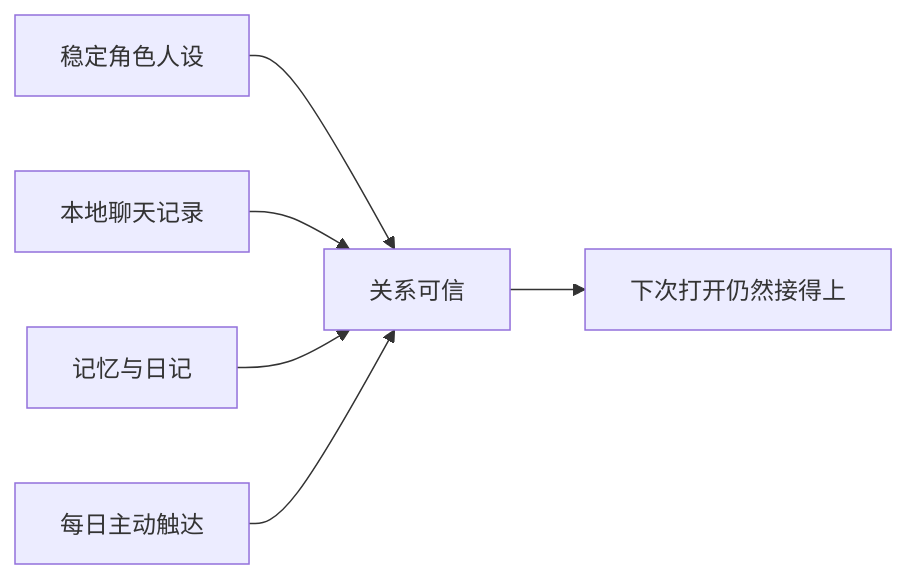
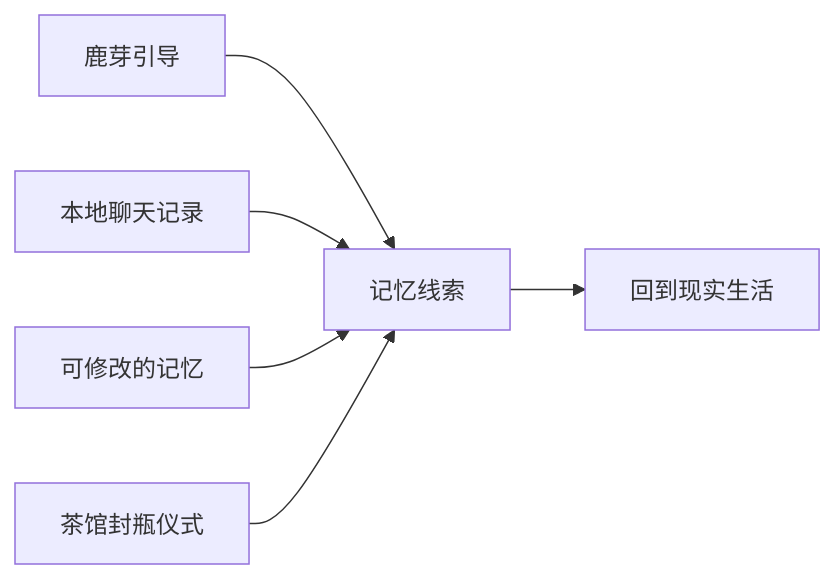
Before and after one commit to brocademaple/bcmp_cyber_lover: the diagram in README.md, drawn with Mermaid. The commit also changed other lines of this file and 2 other files, not shown here.

````diff
--- a/README.md
+++ b/README.md
@@ -34,8 +34,8 @@
 ```mermaid
 flowchart LR
-  A[稳定角色人设] --> R[关系可信]
+  A[鹿芽引导] --> R[记忆线索]
   B[本地聊天记录] --> R
-  C[记忆与日记] --> R
-  D[每日主动触达] --> R
-  R --> E[下次打开仍然接得上]
+  C[可修改的记忆] --> R
+  D[茶馆封瓶仪式] --> R
+  R --> E[回到现实生活]
 ```
````
